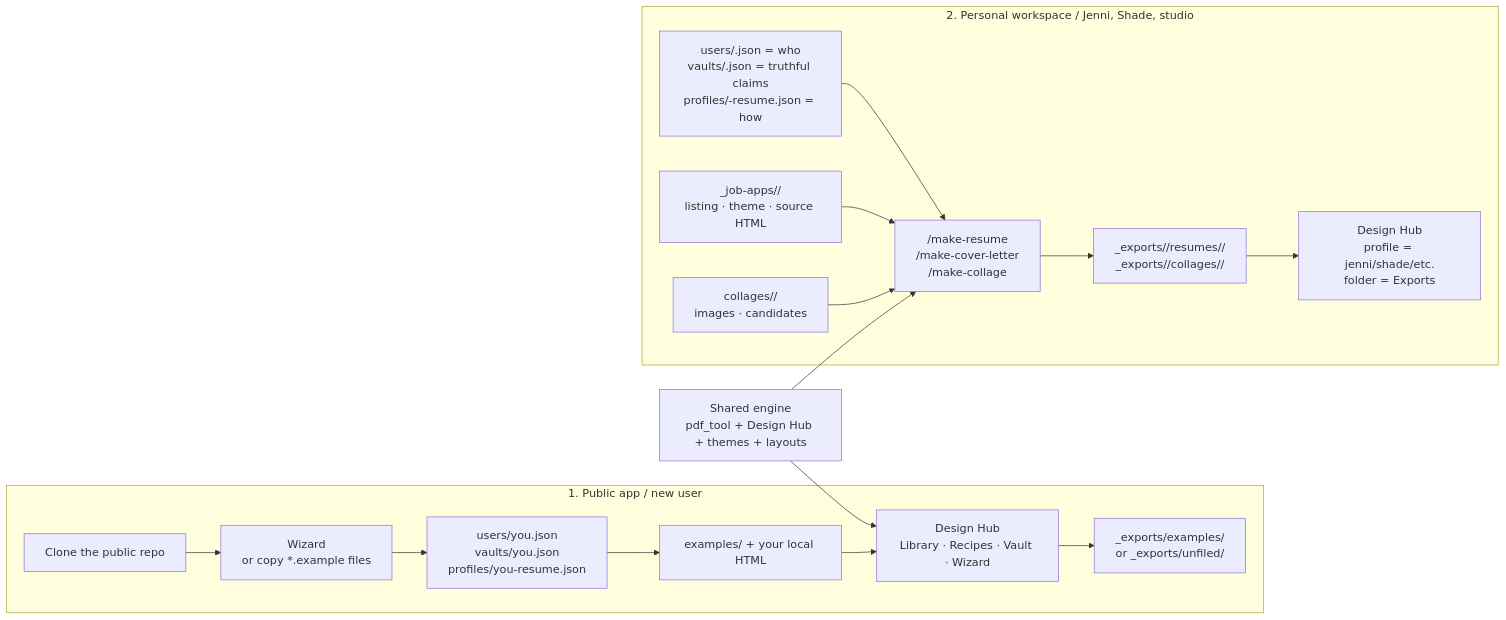
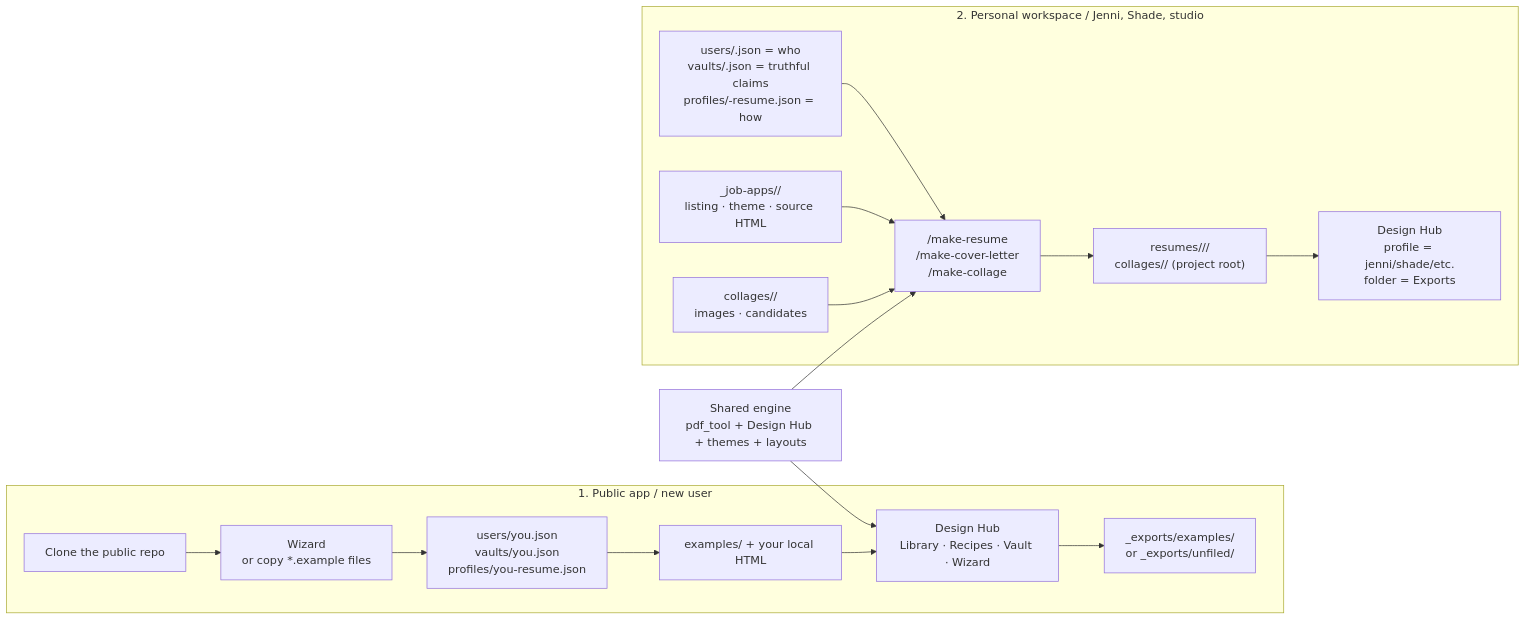
The diagram in docs/WORKSPACE-LAYOUT.md (jenninexus/pdf-designer), drawn with Mermaid before and after one commit. The commit also changed other lines of this file and 32 other files, not shown here.

````diff
--- a/docs/WORKSPACE-LAYOUT.md
+++ b/docs/WORKSPACE-LAYOUT.md
@@ -15,28 +15,28 @@
 ```mermaid
 flowchart LR
   Engine["Shared engine<br/>pdf_tool + Design Hub + themes + layouts"]
 
   subgraph Public["1. Public app / new user"]
     Clone["Clone the public repo"] --> Setup["Wizard<br/>or copy *.example files"]
     Setup --> Seeds["users/you.json<br/>vaults/you.json<br/>profiles/you-resume.json"]
     Seeds --> PublicSource["examples/ + your local HTML"]
     PublicSource --> PublicHub["Design Hub<br/>Library · Recipes · Vault · Wizard"]
     PublicHub --> PublicOut["_exports/examples/<br/>or _exports/unfiled/"]
   end
 
   subgraph Personal["2. Personal workspace / Jenni, Shade, studio"]
     Identity["users/<user>.json = who<br/>vaults/<user>.json = truthful claims<br/>profiles/<user>-resume.json = how"]
     Job["_job-apps/<application>/<br/>listing · theme · source HTML"]
     Collage["collages/<project>/<br/>images · candidates"]
     Commands["/make-resume<br/>/make-cover-letter<br/>/make-collage"]
     PrivateHub["Design Hub<br/>profile = jenni/shade/etc.<br/>folder = Exports"]
-    PrivateOut["_exports/<user>/resumes/<application>/<br/>_exports/<user>/collages/<project>/"]
+    PrivateOut["resumes/<user>/<application>/<br/>collages/<project>/ (project root)"]
     Identity --> Commands
     Job --> Commands
     Collage --> Commands
     Commands --> PrivateOut --> PrivateHub
   end
 
   Engine --> PublicHub
   Engine --> Commands
 ```
````
